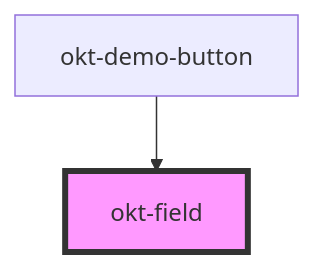
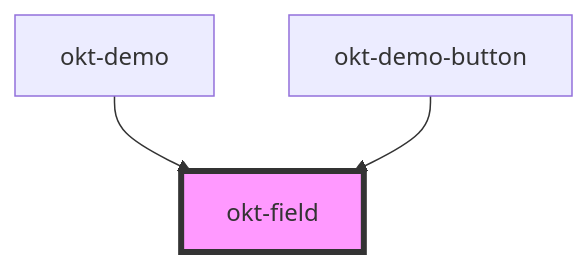
Before and after one commit to oktopusdgtl/bulma-components: the diagram in src/components/field/readme.md, drawn with Mermaid. The commit also changed other lines of this file and 12 other files, not shown here.

````diff
--- a/src/components/field/readme.md
+++ b/src/components/field/readme.md
@@ -27,5 +28,6 @@
 ```mermaid
 graph TD;
+  okt-demo --> okt-field
   okt-demo-button --> okt-field
   style okt-field fill:#f9f,stroke:#333,stroke-width:4px
 ```
````
